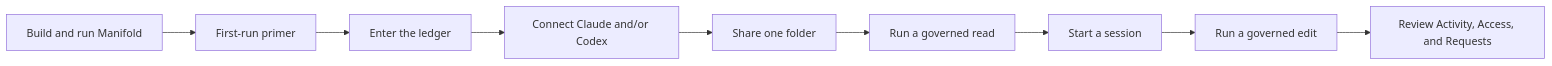
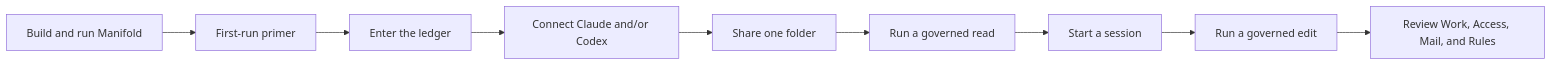
The first of 4 diagrams in docs/getting-started.md (Spatial-Duality/Manifold), drawn with Mermaid before and after one commit. The commit also changed other lines of this file and 84 other files, not shown here.

````diff
--- a/docs/getting-started.md
+++ b/docs/getting-started.md
@@ -17,11 +17,11 @@
 ```mermaid
 flowchart LR
     A["Build and run Manifold"] --> B["First-run primer"]
     B --> C["Enter the ledger"]
     C --> D["Connect Claude and/or Codex"]
     D --> E["Share one folder"]
     E --> F["Run a governed read"]
     F --> G["Start a session"]
     G --> H["Run a governed edit"]
-    H --> I["Review Activity, Access, and Requests"]
+    H --> I["Review Work, Access, Mail, and Rules"]
 ```
````
